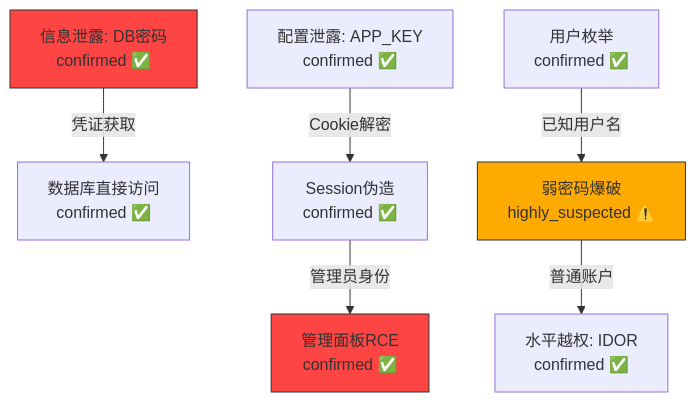
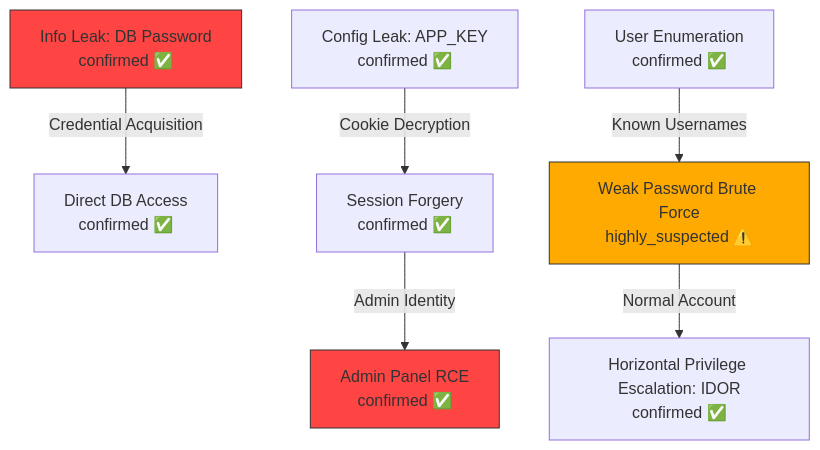
One commit to yunmengya/PHP_AUDIT_SKILLS changed the diagram in teams/team4.5/attack_graph_builder.md. Above: the diagram before and after it, drawn with Mermaid. The commit also changed other lines of this file and 84 other files, not shown here.

````diff
--- a/teams/team4.5/attack_graph_builder.md
+++ b/teams/team4.5/attack_graph_builder.md
@@ -96,12 +96,12 @@
 ```mermaid
 graph TD
-    V001[信息泄露: DB密码<br/>confirmed ✅] -->|凭证获取| V005[数据库直接访问<br/>confirmed ✅]
-    V002[配置泄露: APP_KEY<br/>confirmed ✅] -->|Cookie解密| V006[Session伪造<br/>confirmed ✅]
-    V006 -->|管理员身份| V008[管理面板RCE<br/>confirmed ✅]
-    V003[用户枚举<br/>confirmed ✅] -->|已知用户名| V004[弱密码爆破<br/>highly_suspected ⚠️]
-    V004 -->|普通账户| V007[水平越权: IDOR<br/>confirmed ✅]
+    V001[Info Leak: DB Password<br/>confirmed ✅] -->|Credential Acquisition| V005[Direct DB Access<br/>confirmed ✅]
+    V002[Config Leak: APP_KEY<br/>confirmed ✅] -->|Cookie Decryption| V006[Session Forgery<br/>confirmed ✅]
+    V006 -->|Admin Identity| V008[Admin Panel RCE<br/>confirmed ✅]
+    V003[User Enumeration<br/>confirmed ✅] -->|Known Usernames| V004[Weak Password Brute Force<br/>highly_suspected ⚠️]
+    V004 -->|Normal Account| V007[Horizontal Privilege Escalation: IDOR<br/>confirmed ✅]
 
     style V001 fill:#ff4444,stroke:#333
     style V008 fill:#ff4444,stroke:#333
     style V004 fill:#ffaa00,stroke:#333
 ```
````
